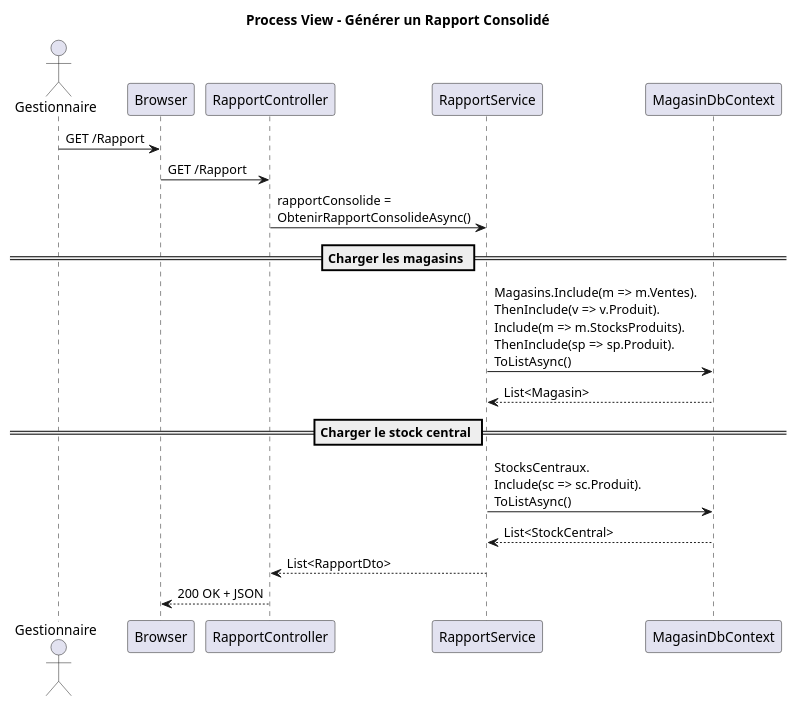
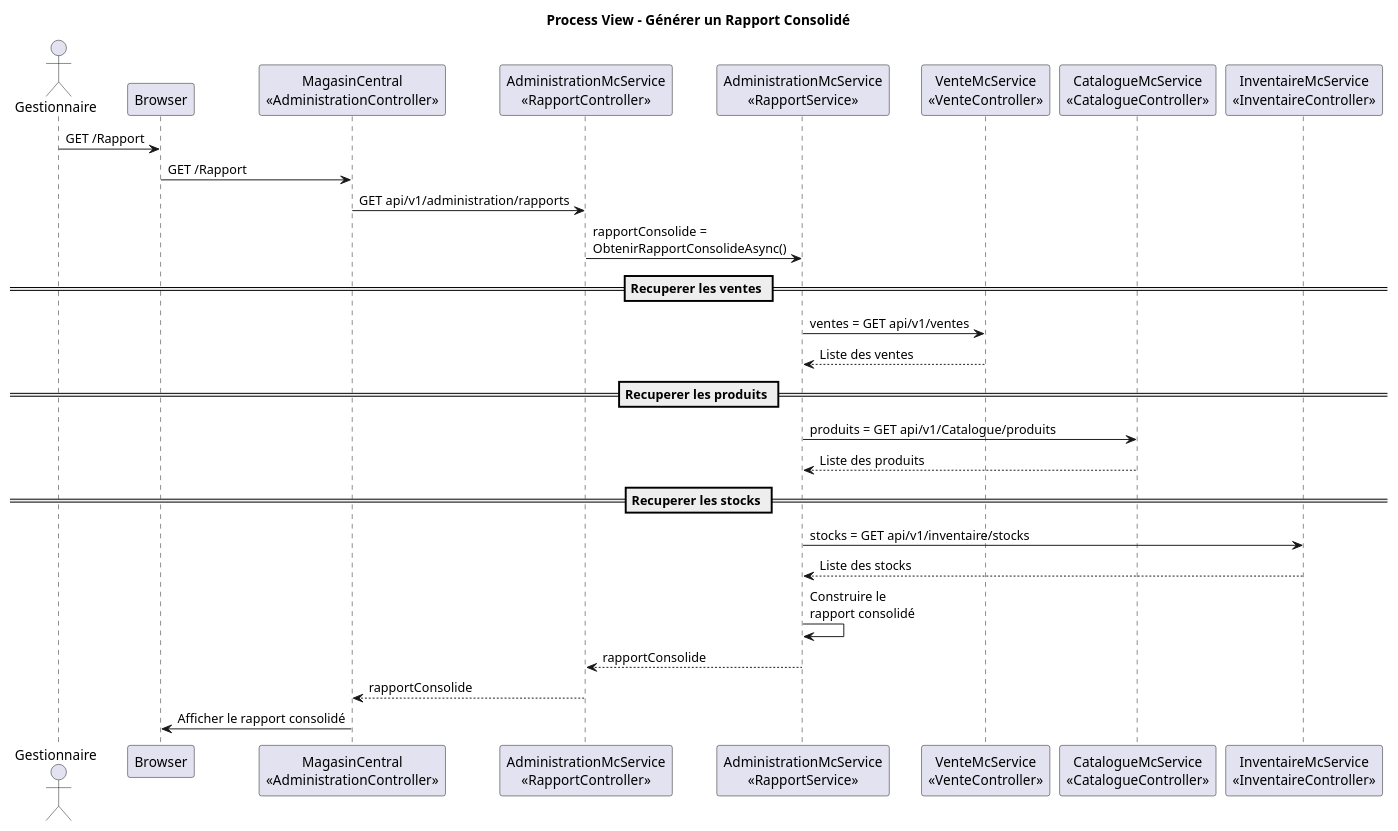
One commit to itsahmed98/log430-lab5 changed the diagram in docs/UML/Processus/ProcessView-RapportConsolide.puml. Above: the diagram before and after it, drawn with PlantUML. The commit also changed 22 other files, not shown here.

```diff
--- a/docs/UML/Processus/ProcessView-RapportConsolide.puml
+++ b/docs/UML/Processus/ProcessView-RapportConsolide.puml
@@ -1,25 +1,35 @@
 @startuml "Process View - Génere un Rapport Consolidé"
 title Process View - Générer un Rapport Consolidé
 actor "Gestionnaire" as Gestionnaire
 
-participant "Browser" as Client
-participant "RapportController" as RC
-participant "RapportService" as RS
-participant "MagasinDbContext" as Db
+participant "Browser" as browser
+participant "MagasinCentral\n<<AdministrationController>>" as AC
+participant "AdministrationMcService\n<<RapportController>>" as rapportController
+participant "AdministrationMcService\n<<RapportService>>" as rapportService
+participant "VenteMcService\n<<VenteController>>" as venteController
+participant "CatalogueMcService\n<<CatalogueController>>" as catalogueController
+participant "InventaireMcService\n<<InventaireController>>" as inventaireController
 
-Gestionnaire -> Client : GET /Rapport
-Client -> RC : GET /Rapport
-RC -> RS : rapportConsolide =\nObtenirRapportConsolideAsync()
+Gestionnaire -> browser : GET /Rapport
+browser -> AC : GET /Rapport
+AC -> rapportController : GET api/v1/administration/rapports
+rapportController -> rapportService : rapportConsolide =\nObtenirRapportConsolideAsync()
 
+== Recuperer les ventes ==
+rapportService -> venteController : ventes = GET api/v1/ventes
+venteController --> rapportService : Liste des ventes
 
-== Charger les magasins ==
-RS -> Db : Magasins.Include(m => m.Ventes).\nThenInclude(v => v.Produit).\nInclude(m => m.StocksProduits).\nThenInclude(sp => sp.Produit).\nToListAsync()
-Db --> RS : List<Magasin> 
+== Recuperer les produits ==
+rapportService -> catalogueController : produits = GET api/v1/Catalogue/produits
+catalogueController --> rapportService : Liste des produits
 
-== Charger le stock central ==
-RS -> Db : StocksCentraux.\nInclude(sc => sc.Produit).\nToListAsync()
-Db --> RS : List<StockCentral> 
+== Recuperer les stocks ==
+rapportService -> inventaireController : stocks = GET api/v1/inventaire/stocks
+inventaireController --> rapportService : Liste des stocks
 
-RS --> RC : List<RapportDto>
-RC --> Client : 200 OK + JSON
+rapportService -> rapportService : Construire le\nrapport consolidé
+
+rapportService --> rapportController : rapportConsolide
+rapportController --> AC : rapportConsolide
+AC -> browser : Afficher le rapport consolidé
 @enduml
```
